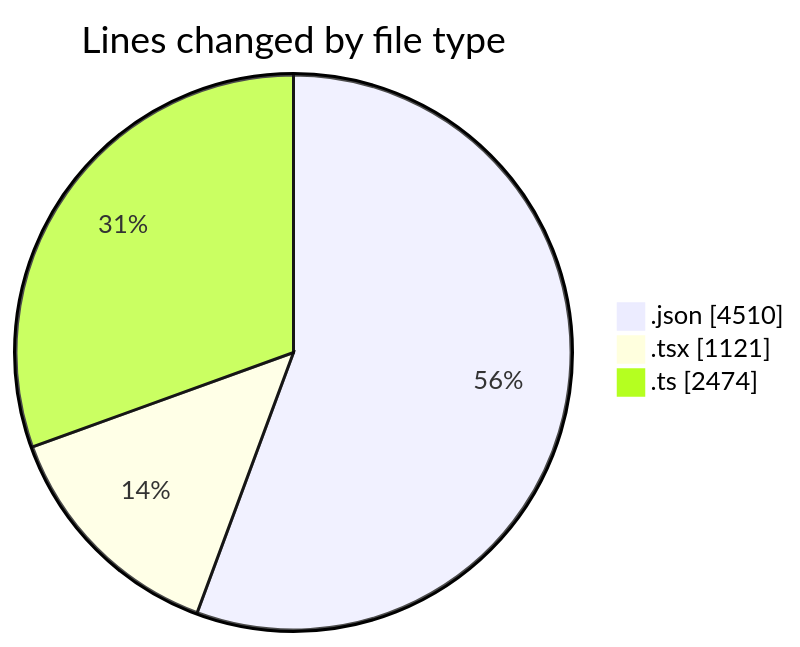
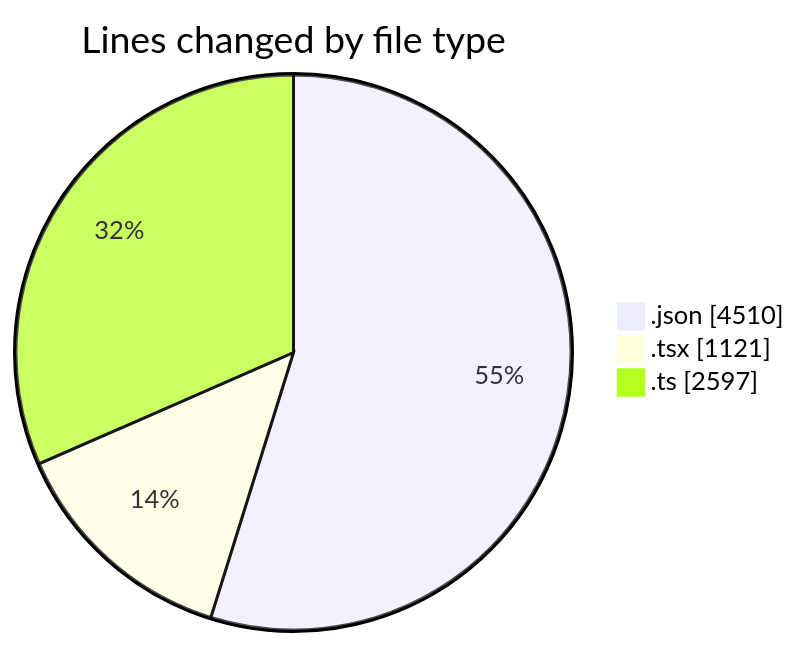
One commit to CELIANVF/code-tracking changed the first of 2 diagrams in 2025-05-05/ecodeli/README.md. Above: the diagram before and after it, drawn with Mermaid. The commit also changed other lines of this file and 1 other file, not shown here.

````diff
--- a/2025-05-05/ecodeli/README.md
+++ b/2025-05-05/ecodeli/README.md
@@ -30,7 +31,7 @@
 ```mermaid
 pie showData
 title Lines changed by file type
 ".json" : 4510
 ".tsx" : 1121
-".ts" : 2474
+".ts" : 2597
 ```
````
